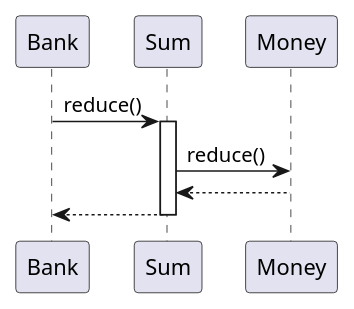
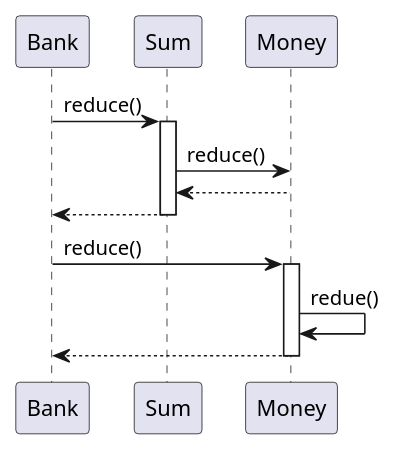
The second of 2 diagrams in docs/src/TDD.md (k2works/etude_for_java), drawn with PlantUML before and after one commit. The commit also changed other lines of this file and 5 other files, not shown here.

````diff
--- a/docs/src/TDD.md
+++ b/docs/src/TDD.md
@@ -77,8 +80,13 @@
 ```puml
 Bank -> Sum :reduce()
 activate Sum  
   Sum -> Money :reduce()  
   Sum <-- Money
   Bank <-- Sum  
 deactivate Sum
+Bank -> Money :reduce()  
+activate Money
+  Money -> Money :redue()
+  Money --> Bank
+deactivate Money
 ```
````
